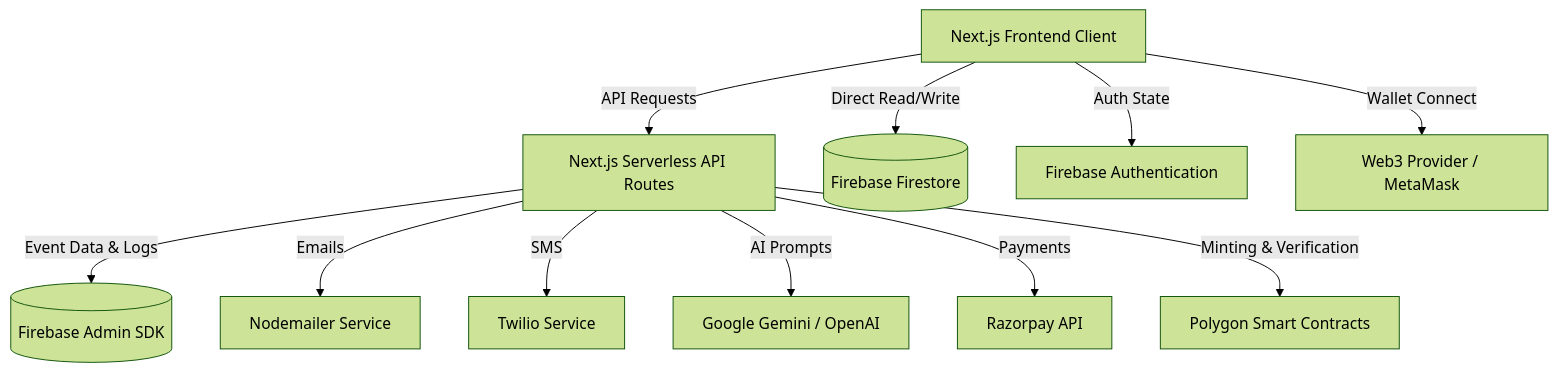
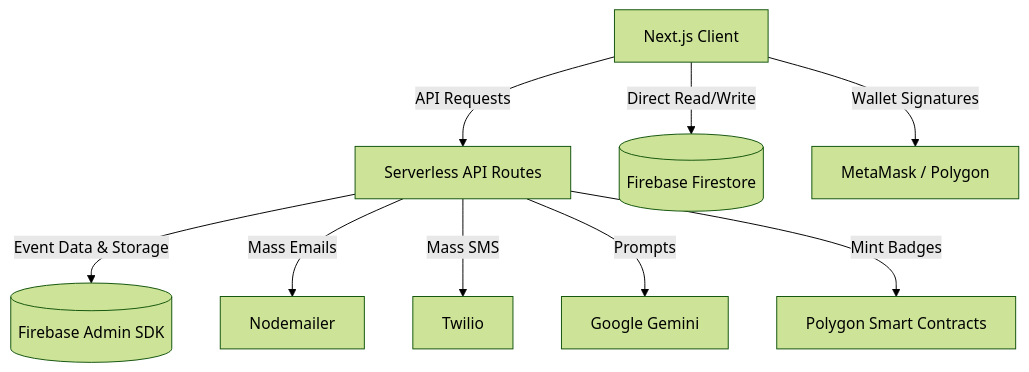
The first of 2 diagrams in README.md (Cyberclutch146/NexusAid-Web3), drawn with Mermaid (forest theme) before and after one commit. The commit also changed other lines of this file, not shown here.

````diff
--- a/README.md
+++ b/README.md
@@ -80,14 +63,12 @@
 ```mermaid
 graph TD
-    Client[Next.js Frontend Client] -->|API Requests| NextAPI[Next.js Serverless API Routes]
+    Client[Next.js Client] -->|API Requests| NextAPI[Serverless API Routes]
     Client -->|Direct Read/Write| Firestore[(Firebase Firestore)]
-    Client -->|Auth State| FirebaseAuth[Firebase Authentication]
-    Client -->|Wallet Connect| Web3[Web3 Provider / MetaMask]
+    Client -->|Wallet Signatures| Web3[MetaMask / Polygon]
     
-    NextAPI -->|Event Data & Logs| FirestoreAdmin[(Firebase Admin SDK)]
-    NextAPI -->|Emails| Nodemailer[Nodemailer Service]
-    NextAPI -->|SMS| Twilio[Twilio Service]
-    NextAPI -->|AI Prompts| LLM[Google Gemini / OpenAI]
-    NextAPI -->|Payments| Razorpay[Razorpay API]
-    NextAPI -->|Minting & Verification| SmartContracts[Polygon Smart Contracts]
+    NextAPI -->|Event Data & Storage| FirebaseAdmin[(Firebase Admin SDK)]
+    NextAPI -->|Mass Emails| Nodemailer[Nodemailer]
+    NextAPI -->|Mass SMS| Twilio[Twilio]
+    NextAPI -->|Prompts| LLM[Google Gemini]
+    NextAPI -->|Mint Badges| SmartContracts[Polygon Smart Contracts]
 ```
````
